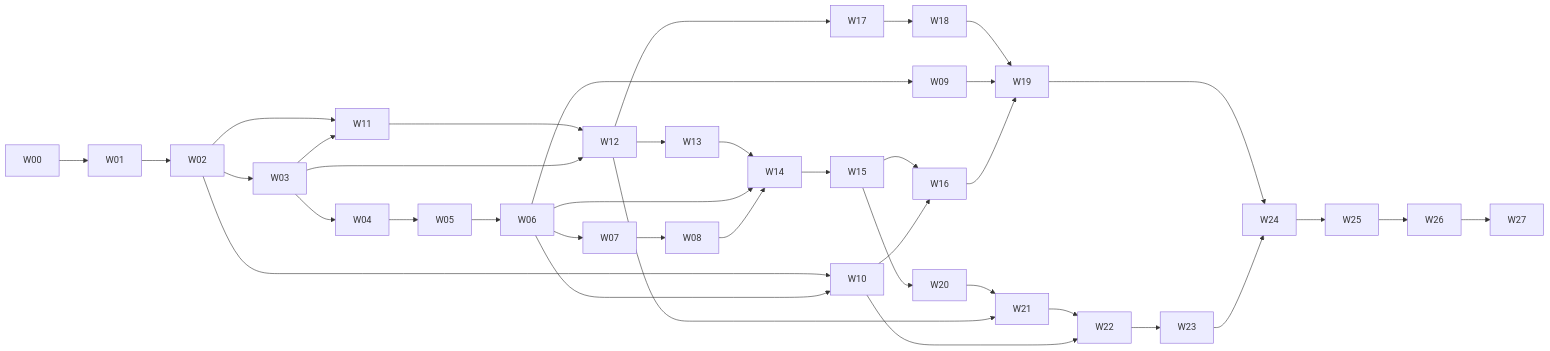
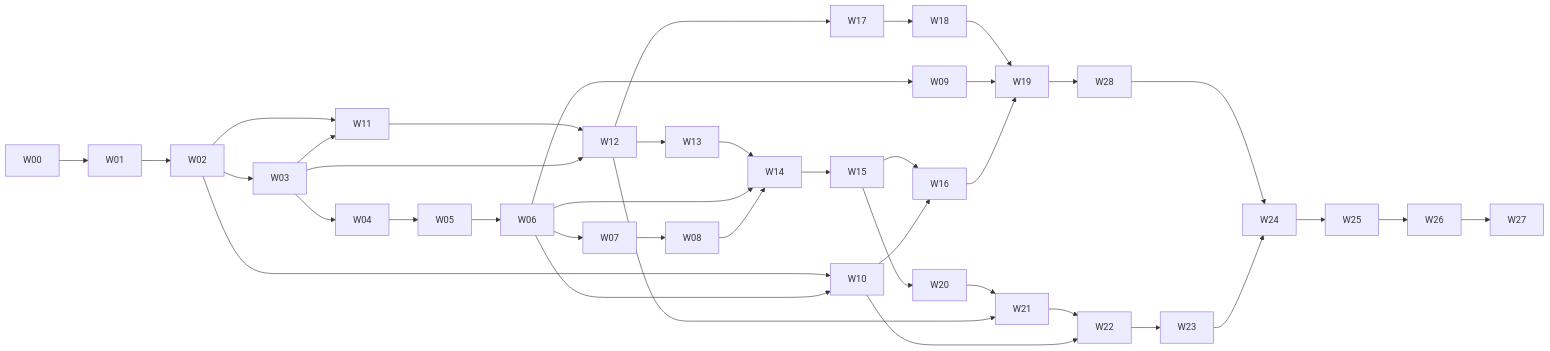
The sixth of 6 diagrams in docs/windows_development_plan.md (mizusawa-matsuri937/megumin_companion_ai), drawn with Mermaid before and after one commit. The commit also changed other lines of this file and 54 other files, not shown here.

````diff
--- a/docs/windows_development_plan.md
+++ b/docs/windows_development_plan.md
@@ -466,23 +469,23 @@
 ```mermaid
 flowchart LR
     W00 --> W01 --> W02 --> W03 --> W04 --> W05
     W05 --> W06 --> W07 --> W08
     W06 --> W09
     W02 --> W10
     W06 --> W10
     W02 --> W11
     W03 --> W11 --> W12
     W03 --> W12
     W12 --> W13 --> W14 --> W15 --> W16
     W06 --> W14
     W08 --> W14
     W10 --> W16
     W12 --> W17 --> W18 --> W19
     W09 --> W19
     W16 --> W19
     W15 --> W20 --> W21 --> W22
     W12 --> W21
     W10 --> W22
-    W19 --> W24
+    W19 --> W28 --> W24
     W22 --> W23 --> W24 --> W25 --> W26 --> W27
 ```
````
